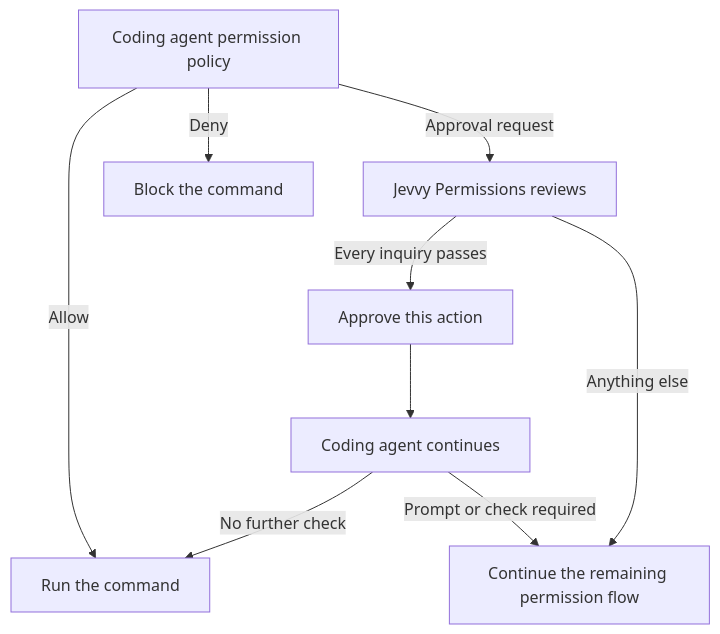
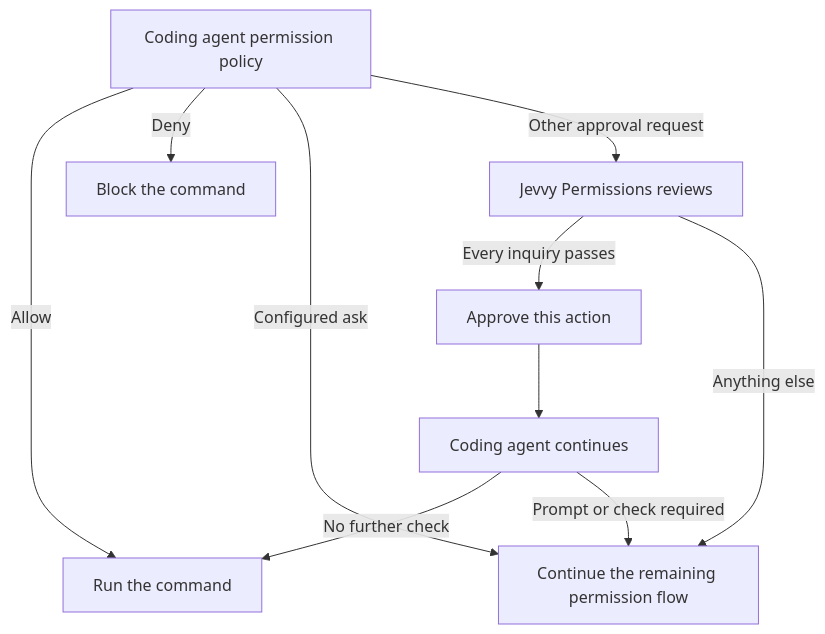
The diagram in README.md (PanAchy/jevvy), drawn with Mermaid before and after one commit. The commit also changed other lines of this file and 18 other files, not shown here.

First line of the commit message:
fix(permissions): preserve explicit shell asks and review final commands (#26)

````diff
--- a/README.md
+++ b/README.md
@@ -55,12 +59,13 @@
 ```mermaid
 flowchart TD
     rules[Coding agent permission policy]
     rules -->|Allow| run[Run the command]
     rules -->|Deny| block[Block the command]
-    rules -->|Approval request| review[Jevvy Permissions reviews]
+    rules -->|Configured ask| remaining[Continue the remaining permission flow]
+    rules -->|Other approval request| review[Jevvy Permissions reviews]
     review -->|Every inquiry passes| approve[Approve this action]
-    review -->|Anything else| remaining[Continue the remaining permission flow]
+    review -->|Anything else| remaining
     approve --> proceed[Coding agent continues]
     proceed -->|No further check| run
     proceed -->|Prompt or check required| remaining
 ```
````
